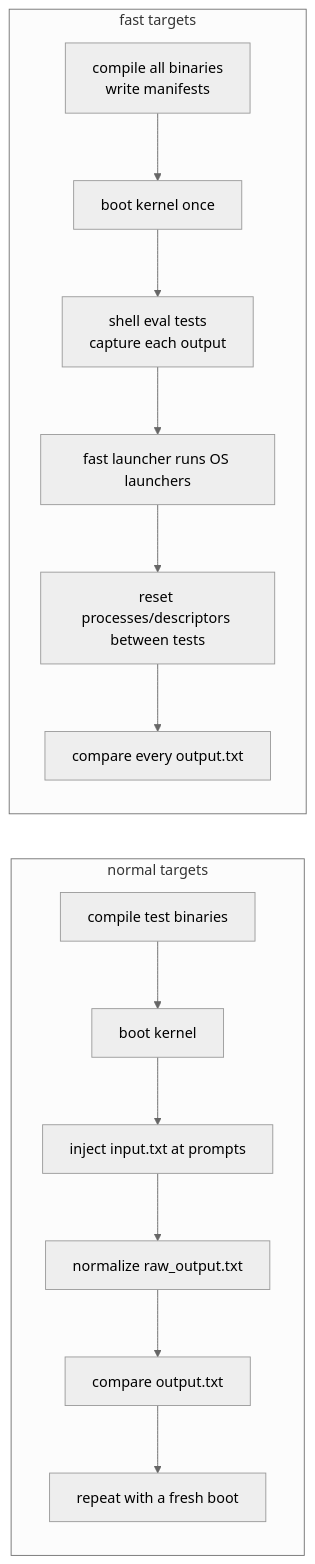
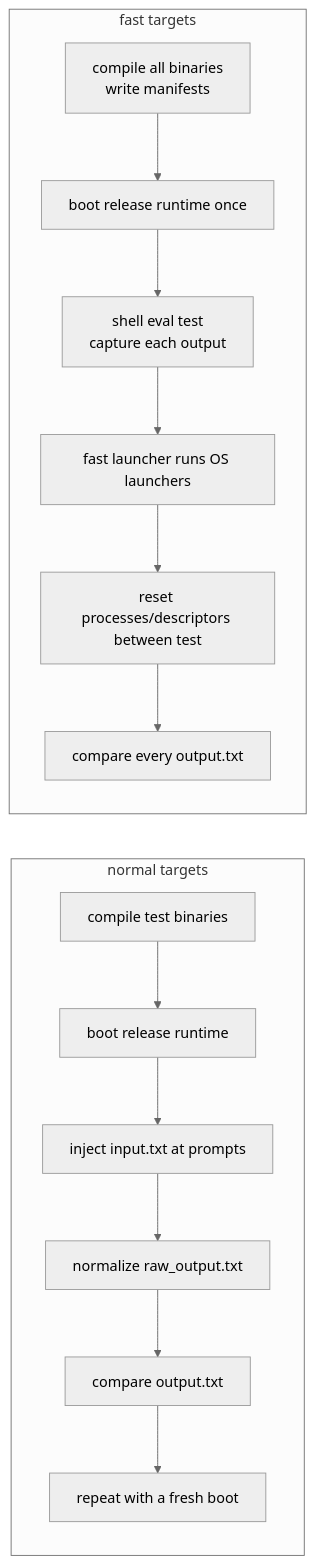
Before and after one commit to matthejue/Pico-OS: diagram 17 of 17 in README.md, drawn with Mermaid (neutral theme). The commit also changed other lines of this file and 4 other files, not shown here.

````diff
--- a/README.md
+++ b/README.md
@@ -2105,18 +2573,18 @@
 ```mermaid
 flowchart LR
     subgraph Normal["normal targets"]
-        N1["compile test binaries"] --> N2["boot kernel"]
+        N1["compile test binaries"] --> N2["boot release runtime"]
         N2 --> N3["inject input.txt at prompts"]
         N3 --> N4["normalize raw_output.txt"]
         N4 --> N5["compare output.txt"]
         N5 --> N6["repeat with a fresh boot"]
     end
 
     subgraph Fast["fast targets"]
-        F1["compile all binaries<br/>write manifests"] --> F2["boot kernel once"]
-        F2 --> F3["shell eval tests<br/>capture each output"]
+        F1["compile all binaries<br/>write manifests"] --> F2["boot release runtime once"]
+        F2 --> F3["shell eval test<br/>capture each output"]
         F3 --> F4["fast launcher runs OS launchers"]
-        F4 --> F5["reset processes/descriptors between tests"]
+        F4 --> F5["reset processes/descriptors between test"]
         F5 --> F6["compare every output.txt"]
     end
 ```
````
